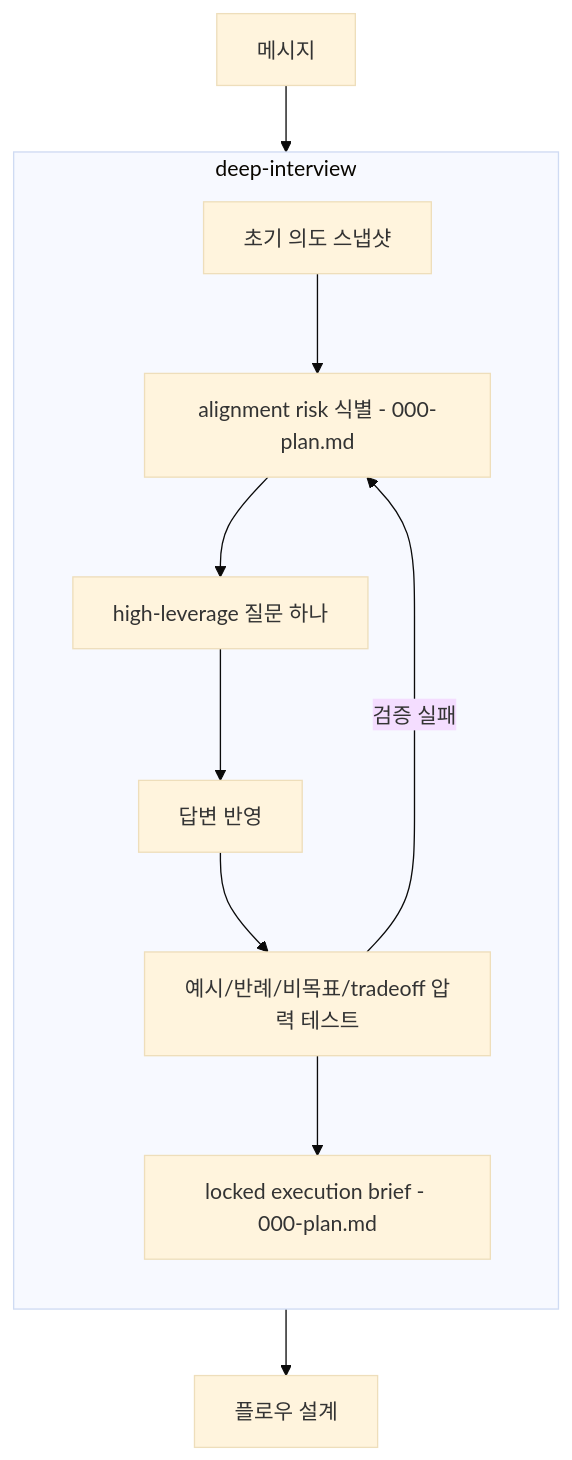
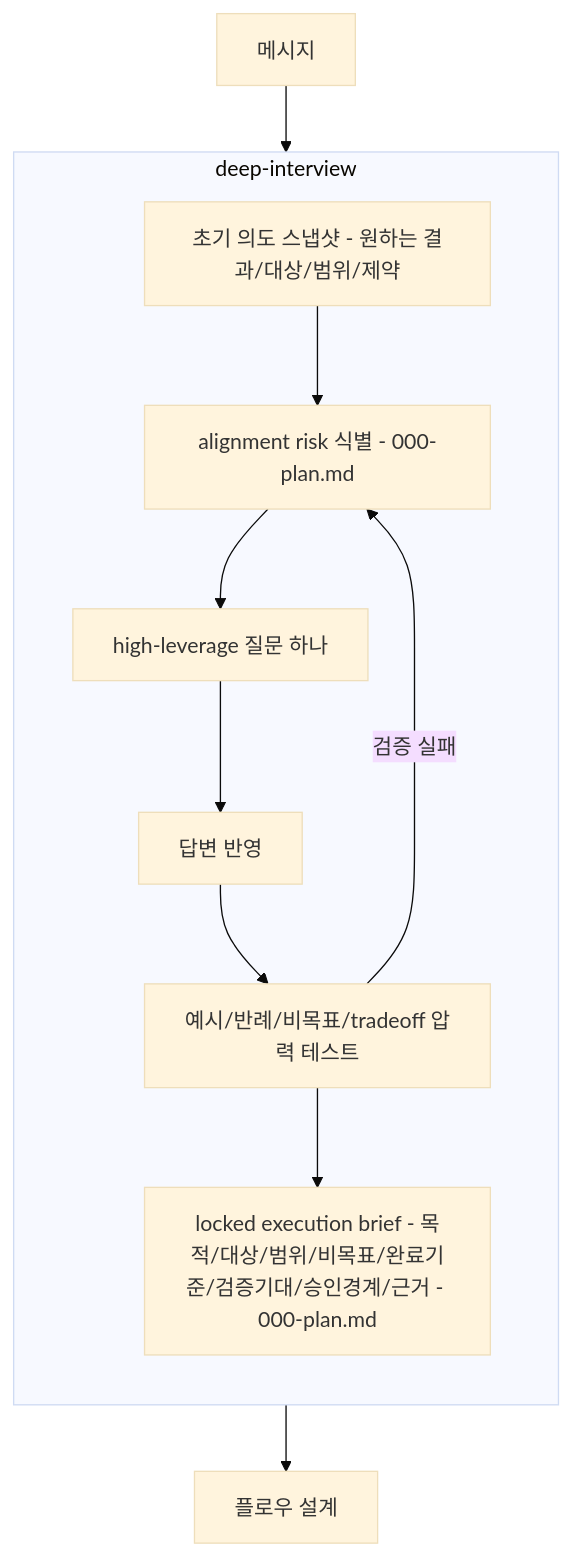
Before and after one commit to opnay/agent-plugins: the second of 3 diagrams in src/loop-kit-dev/specs/skills/flow/intent.md, drawn with Mermaid (base theme). The commit also changed other lines of this file and 10 other files, not shown here.

First line of the commit message:
refactor: clarify flow interview brief contract

````diff
--- a/src/loop-kit-dev/specs/skills/flow/intent.md
+++ b/src/loop-kit-dev/specs/skills/flow/intent.md
@@ -31,16 +31,16 @@
 ```mermaid
 graph TD
   MESSAGE[메시지] --> DEEP_INTERVIEW
 
   subgraph DEEP_INTERVIEW[deep-interview]
     direction TB
-    SNAPSHOT[초기 의도 스냅샷] --> RISK[alignment risk 식별 - 000-plan.md]
+    SNAPSHOT[초기 의도 스냅샷 - 원하는 결과/대상/범위/제약] --> RISK[alignment risk 식별 - 000-plan.md]
     RISK --> ASK[high-leverage 질문 하나]
     ASK --> ANSWER[답변 반영]
     ANSWER --> TEST[예시/반례/비목표/tradeoff 압력 테스트]
     TEST -->|검증 실패| RISK
-    TEST --> BRIEF[locked execution brief - 000-plan.md]
+    TEST --> BRIEF[locked execution brief - 목적/대상/범위/비목표/완료기준/검증기대/승인경계/근거 - 000-plan.md]
   end
 
   DEEP_INTERVIEW --> DESIGN[플로우 설계]
 ```
````
